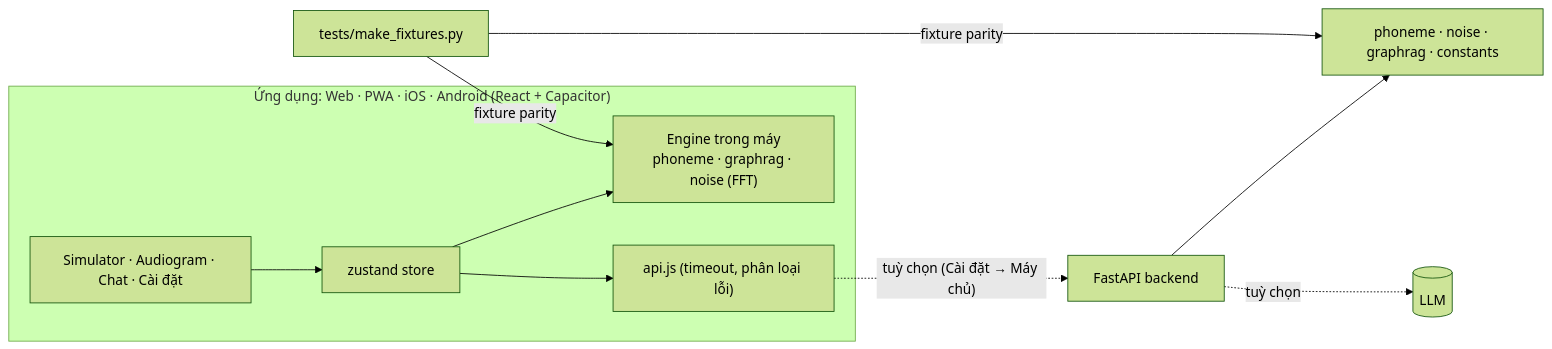
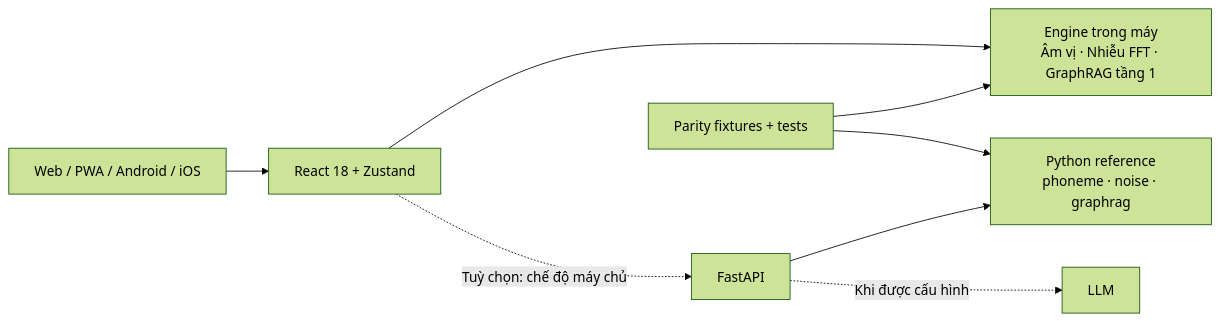
Before and after one commit to hdwc-151/Demo-hearing-loss: the diagram in README.md, drawn with Mermaid (forest theme). The commit also changed other lines of this file, not shown here.

````diff
--- a/README.md
+++ b/README.md
@@ -34,13 +46,10 @@
 ```mermaid
 flowchart LR
-  subgraph Client["Ứng dụng: Web · PWA · iOS · Android (React + Capacitor)"]
-    UI["Simulator · Audiogram · Chat · Cài đặt"] --> Store["zustand store"]
-    Store --> Eng["Engine trong máy<br/>phoneme · graphrag · noise (FFT)"]
-    Store --> Api["api.js (timeout, phân loại lỗi)"]
-  end
-  Api -. "tuỳ chọn (Cài đặt → Máy chủ)" .-> BE["FastAPI backend"]
-  BE --> Core["phoneme · noise · graphrag · constants"]
-  BE -. "tuỳ chọn" .-> LLM[("LLM")]
-  Tests["tests/make_fixtures.py"] -- "fixture parity" --> Eng
-  Tests -- "fixture parity" --> Core
+  U["Web / PWA / Android / iOS"] --> F["React 18 + Zustand"]
+  F --> O["Engine trong máy<br/>Âm vị · Nhiễu FFT · GraphRAG tầng 1"]
+  F -. "Tuỳ chọn: chế độ máy chủ" .-> A["FastAPI"]
+  A --> P["Python reference<br/>phoneme · noise · graphrag"]
+  A -. "Khi được cấu hình" .-> L["LLM"]
+  T["Parity fixtures + tests"] --> O
+  T --> P
 ```
````
